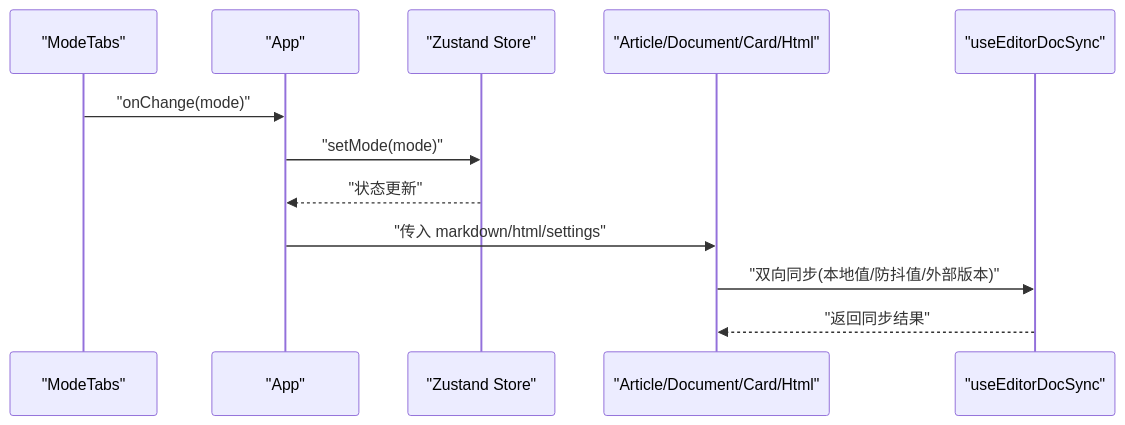
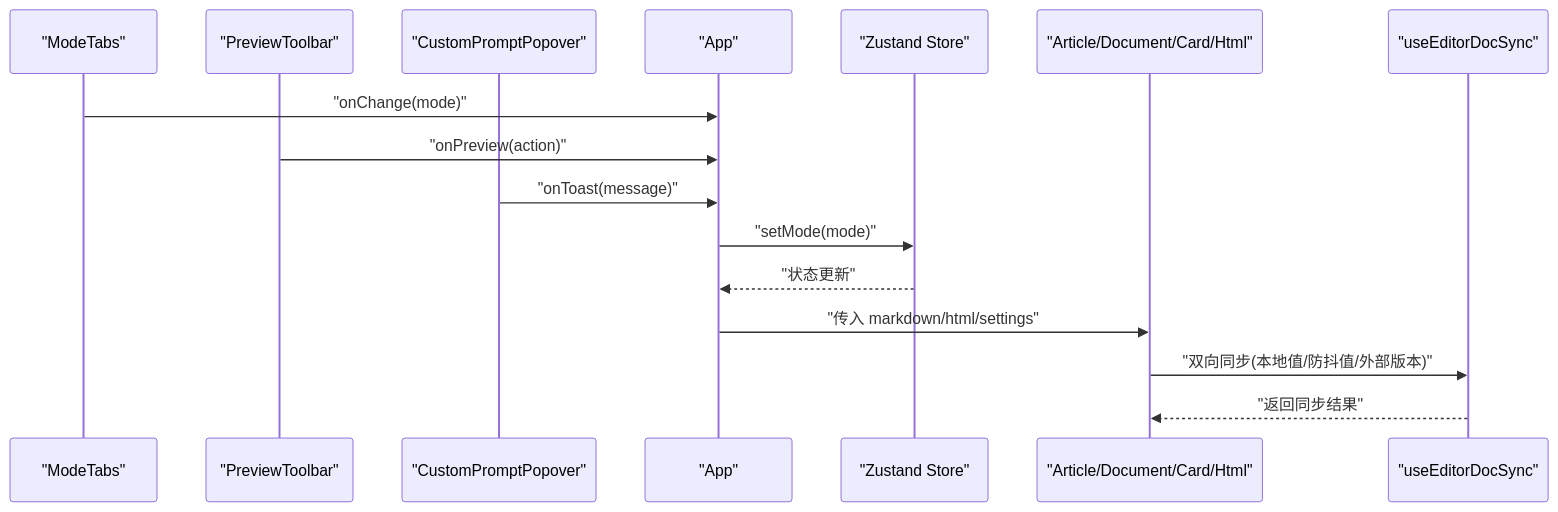
Before and after one commit to ZhongXiandou/markdown2view: the tenth of 11 diagrams in .qoder/repowiki/zh/content/UI组件库/布局组件.md, drawn with Mermaid. The commit also changed other lines of this file and 35 other files, not shown here.

````diff
--- a/.qoder/repowiki/zh/content/UI组件库/布局组件.md
+++ b/.qoder/repowiki/zh/content/UI组件库/布局组件.md
@@ -189,14 +414,18 @@
 ```mermaid
 sequenceDiagram
 participant MT as "ModeTabs"
+participant PT as "PreviewToolbar"
+participant CPP as "CustomPromptPopover"
 participant APP as "App"
 participant ST as "Zustand Store"
 participant AM as "Article/Document/Card/Html"
 participant SYNC as "useEditorDocSync"
 MT->>APP : "onChange(mode)"
+PT->>APP : "onPreview(action)"
+CPP->>APP : "onToast(message)"
 APP->>ST : "setMode(mode)"
 ST-->>APP : "状态更新"
 APP->>AM : "传入 markdown/html/settings"
 AM->>SYNC : "双向同步(本地值/防抖值/外部版本)"
 SYNC-->>AM : "返回同步结果"
 ```
````
